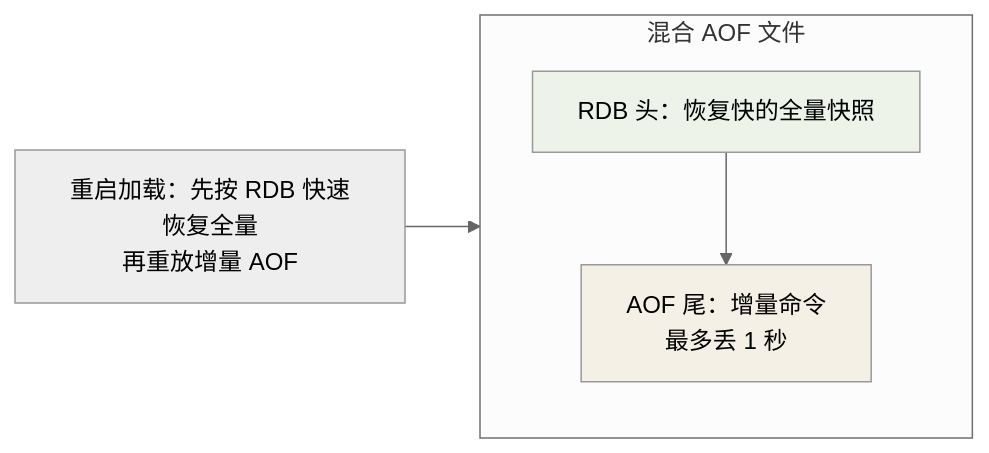
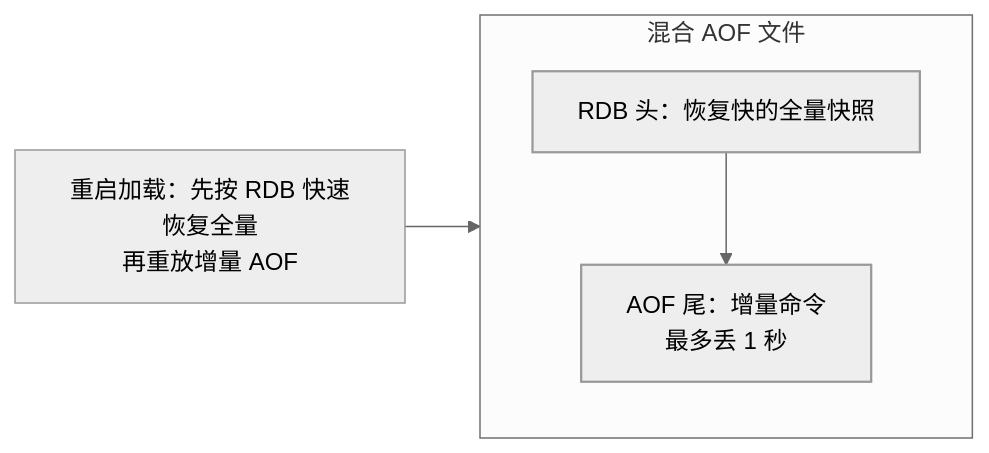
One commit to Loadhao/ascension changed the second of 2 diagrams in src/content/docs/redis/basic/core/02-persistence.md. Above: the diagram before and after it, drawn with Mermaid (neutral theme). The commit also changed other lines of this file and 87 other files, not shown here.

First line of the commit message:
fix: 全站图表配色改由主题接管，修复暗色主题下浅底浅字看不清

````diff
--- a/src/content/docs/redis/basic/core/02-persistence.md
+++ b/src/content/docs/redis/basic/core/02-persistence.md
@@ -68,10 +70,12 @@
 ```mermaid
 flowchart LR
     subgraph AOF2["混合 AOF 文件"]
         R["RDB 头：恢复快的全量快照"] --> A["AOF 尾：增量命令<br/>最多丢 1 秒"]
     end
     C["重启加载：先按 RDB 快速恢复全量<br/>再重放增量 AOF"] --> AOF2
 
-    style R fill:#eef3ea
-    style A fill:#f5f0e6
+    class R good
+    class A hl
+    classDef good stroke-width:1.5px
+    classDef hl stroke-width:1.5px
 ```
````
